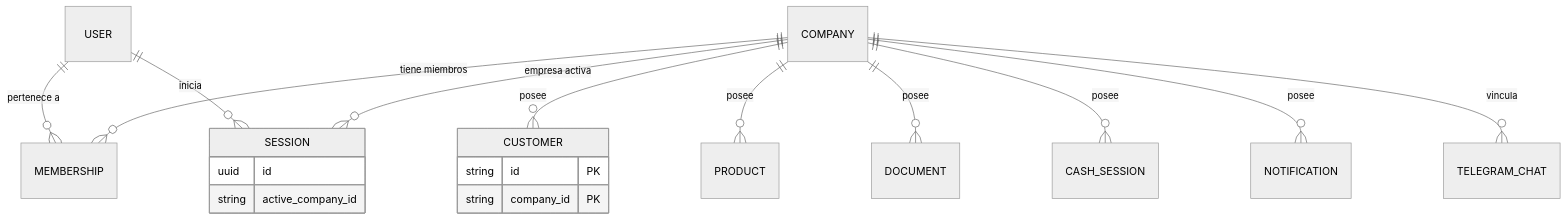
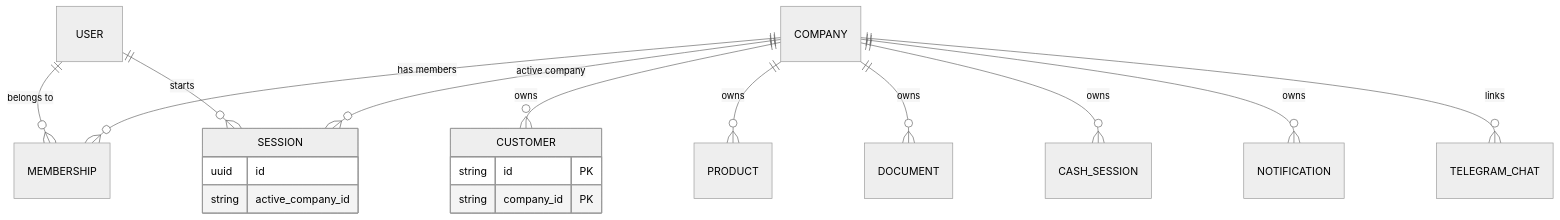
One commit to MatiasOlivaRqta/operia_demo_api changed the first of 3 diagrams in docs/multitenancy.md. Above: the diagram before and after it, drawn with Mermaid (neutral theme). The commit also changed other lines of this file and 4 other files, not shown here.

````diff
--- a/docs/multitenancy.md
+++ b/docs/multitenancy.md
@@ -7,22 +7,22 @@
 ```mermaid
 erDiagram
-    USER ||--o{ MEMBERSHIP : "pertenece a"
-    COMPANY ||--o{ MEMBERSHIP : "tiene miembros"
-    USER ||--o{ SESSION : "inicia"
-    COMPANY ||--o{ SESSION : "empresa activa"
-    COMPANY ||--o{ CUSTOMER : "posee"
-    COMPANY ||--o{ PRODUCT : "posee"
-    COMPANY ||--o{ DOCUMENT : "posee"
-    COMPANY ||--o{ CASH_SESSION : "posee"
-    COMPANY ||--o{ NOTIFICATION : "posee"
-    COMPANY ||--o{ TELEGRAM_CHAT : "vincula"
+    USER ||--o{ MEMBERSHIP : "belongs to"
+    COMPANY ||--o{ MEMBERSHIP : "has members"
+    USER ||--o{ SESSION : "starts"
+    COMPANY ||--o{ SESSION : "active company"
+    COMPANY ||--o{ CUSTOMER : "owns"
+    COMPANY ||--o{ PRODUCT : "owns"
+    COMPANY ||--o{ DOCUMENT : "owns"
+    COMPANY ||--o{ CASH_SESSION : "owns"
+    COMPANY ||--o{ NOTIFICATION : "owns"
+    COMPANY ||--o{ TELEGRAM_CHAT : "links"
 
     SESSION {
         uuid id
         string active_company_id
     }
     CUSTOMER {
         string id PK
         string company_id PK
     }
 ```
````
